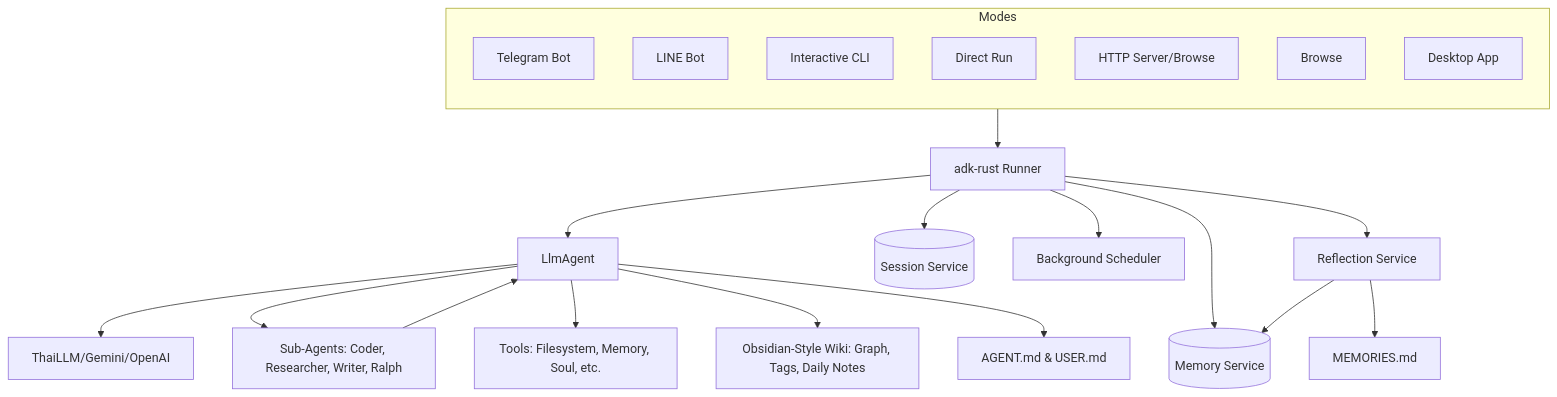
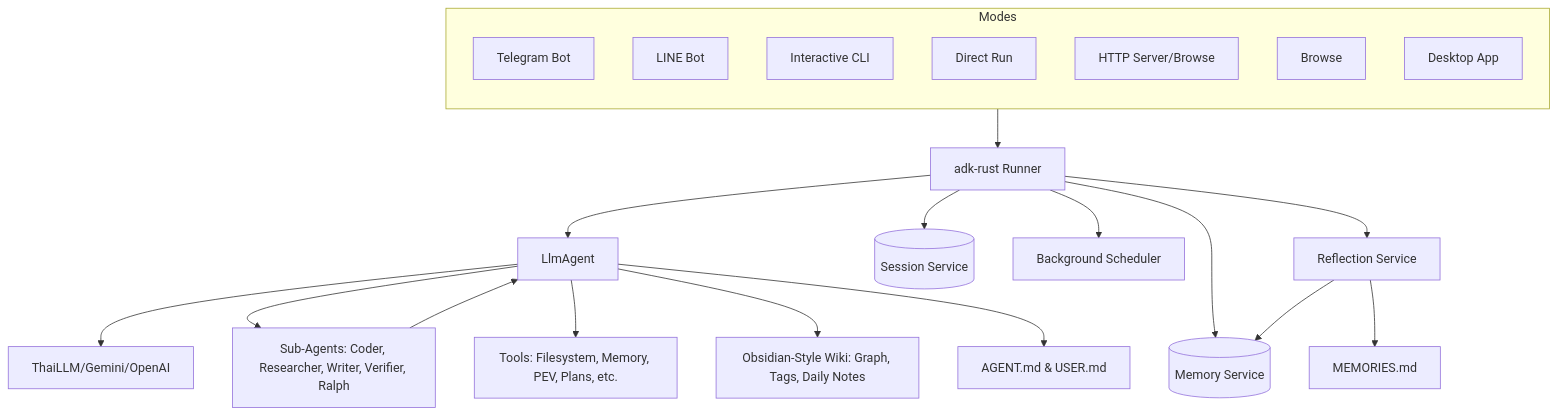
The diagram in README.md (anoochit/nami-core), drawn with Mermaid before and after one commit. The commit also changed other lines of this file and 2 other files, not shown here.

Commit message:
docs: update CHANGELOG.md and README.md with PEV loop and implementation plans

````diff
--- a/README.md
+++ b/README.md
@@ -181,32 +186,32 @@
 ```mermaid
 graph TD
     subgraph EntryPoints [Modes]
         direction TB
         Bot[Telegram Bot]
         Line[LINE Bot]
         CLI[Interactive CLI]
         Run[Direct Run]
         Server[HTTP Server/Browse]
         Browse[Browse]
         Desktop[Desktop App]
     end
 
     EntryPoints --> Runner[adk-rust Runner]
     
     Runner --> Agent[LlmAgent]
     Runner --> DB[(Session Service)]
     Runner --> Memory[(Memory Service)]
     Runner --> Scheduler[Background Scheduler]
     Runner --> Reflection[Reflection Service]
     
     Agent --> LLM[ThaiLLM/Gemini/OpenAI]
-    Agent --> SubAgents[Sub-Agents: Coder, Researcher, Writer, Ralph]
-    Agent --> Tools[Tools: Filesystem, Memory, Soul, etc.]
+    Agent --> SubAgents[Sub-Agents: Coder, Researcher, Writer, Verifier, Ralph]
+    Agent --> Tools[Tools: Filesystem, Memory, PEV, Plans, etc.]
     Agent --> Wiki[Obsidian-Style Wiki: Graph, Tags, Daily Notes]
     Agent --> Persona[AGENT.md & USER.md]
 
     Reflection --> Memory
     Reflection --> UserMemory["MEMORIES.md"]
     
     SubAgents --> Agent
 ```
````
